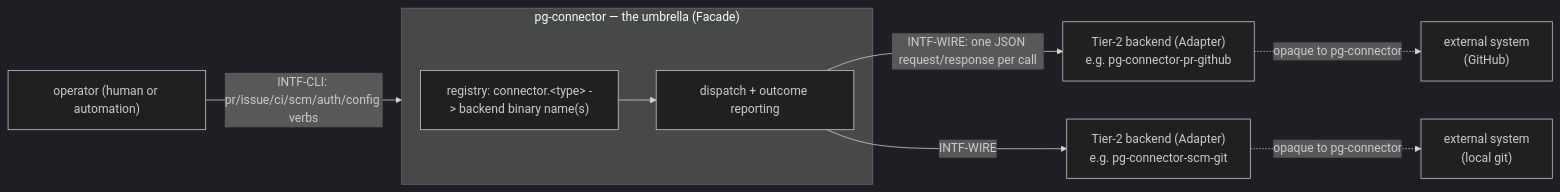
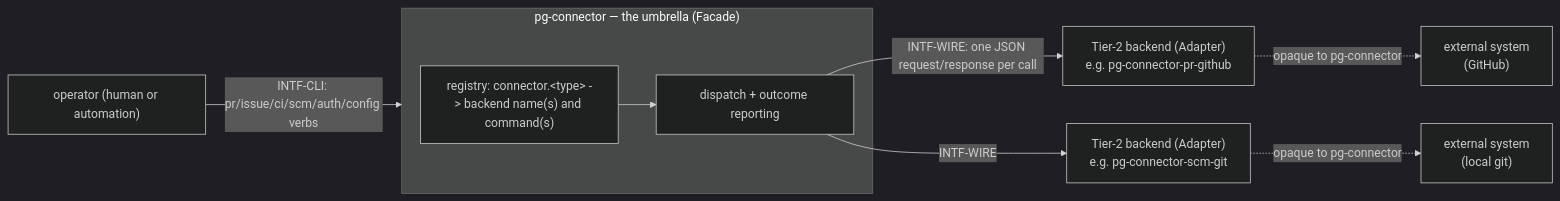
Before and after one commit to phillipgreenii/nix-agent-support: the diagram in packages/pg-connector/docs/behavior/README.md, drawn with Mermaid (dark theme). The commit also changed 8 other files, not shown here.

First line of the commit message:
docs(pg-connector): describe instances accurately; document config show/validate registry validation

````diff
--- a/packages/pg-connector/docs/behavior/README.md
+++ b/packages/pg-connector/docs/behavior/README.md
@@ -16,13 +16,13 @@
 ```mermaid
 flowchart LR
     OP["operator (human or automation)"] -->|"INTF-CLI: pr/issue/ci/scm/auth/config verbs"| UMB
     subgraph UMB["pg-connector — the umbrella (Facade)"]
-      REG["registry: connector.&lt;type&gt; -> backend binary name(s)"]
+      REG["registry: connector.&lt;type&gt; -> backend name(s) and command(s)"]
       DISP["dispatch + outcome reporting"]
       REG --> DISP
     end
     DISP -->|"INTF-WIRE: one JSON request/response per call"| BE1["Tier-2 backend (Adapter)\ne.g. pg-connector-pr-github"]
     DISP -->|"INTF-WIRE"| BE2["Tier-2 backend (Adapter)\ne.g. pg-connector-scm-git"]
     BE1 -.->|opaque to pg-connector| SYS1["external system\n(GitHub)"]
     BE2 -.->|opaque to pg-connector| SYS2["external system\n(local git)"]
 ```
````
